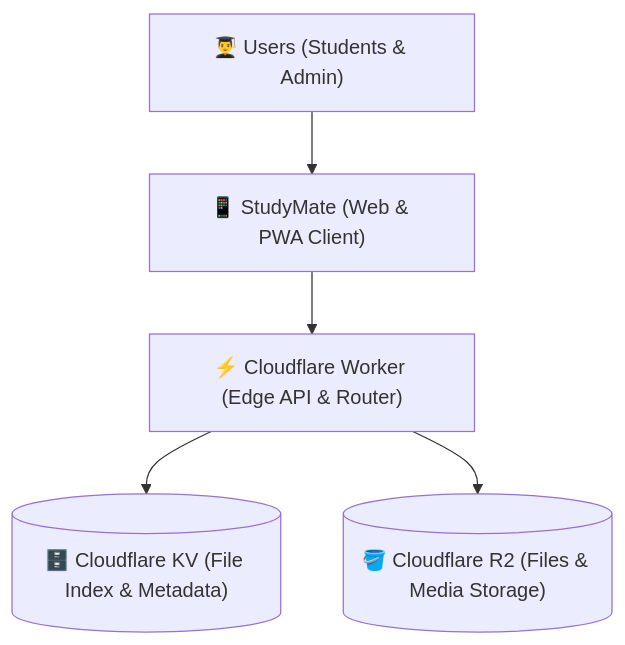
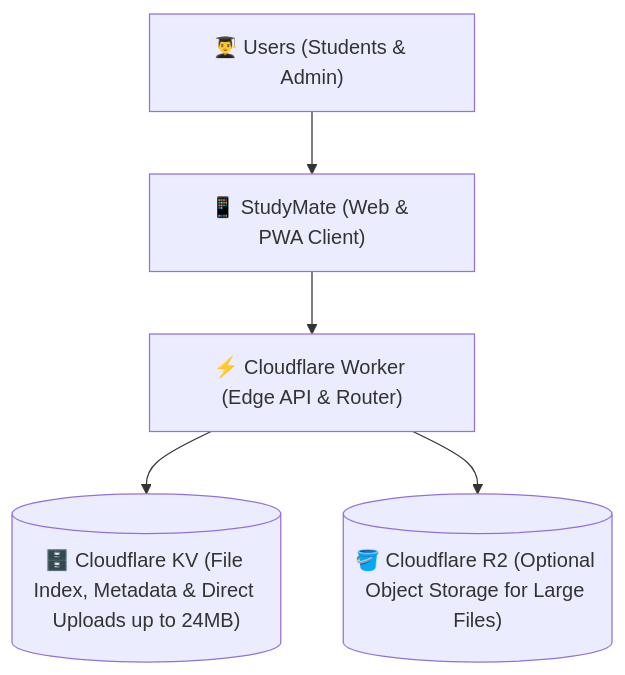
Before and after one commit to Boobesh-ir-23/Study-mate: the diagram in README.md, drawn with Mermaid. The commit also changed other lines of this file, not shown here.

Commit message:
docs: document 24MB Cloudflare KV upload limit and zero-card setup in README

````diff
--- a/README.md
+++ b/README.md
@@ -43,7 +43,7 @@
 ```mermaid
 flowchart TD
     A["👨‍🎓 Users (Students & Admin)"] --> B["📱 StudyMate (Web & PWA Client)"]
     B --> C["⚡ Cloudflare Worker (Edge API & Router)"]
-    C --> D[("🗄️ Cloudflare KV (File Index & Metadata)")]
-    C --> E[("🪣 Cloudflare R2 (Files & Media Storage)")]
+    C --> D[("🗄️ Cloudflare KV (File Index, Metadata & Direct Uploads up to 24MB)")]
+    C --> E[("🪣 Cloudflare R2 (Optional Object Storage for Large Files)")]
 ```
````
